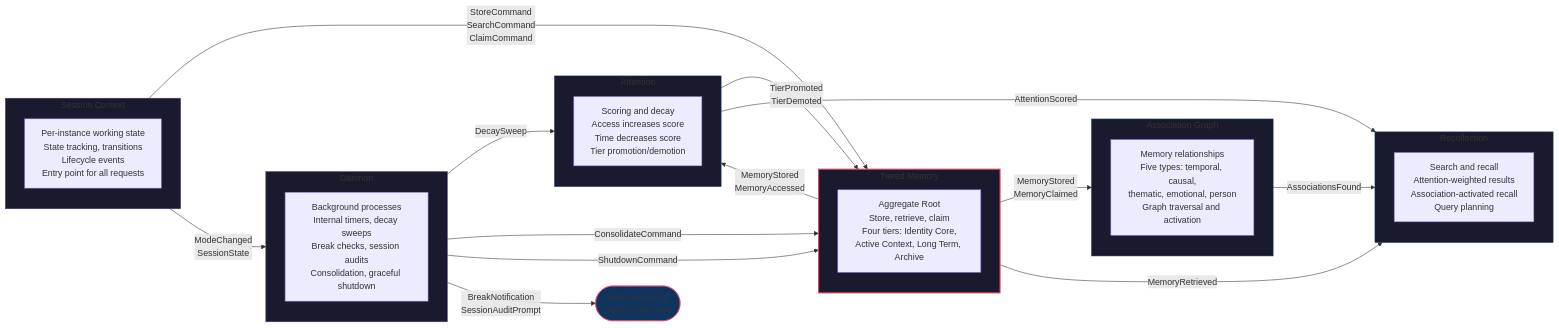
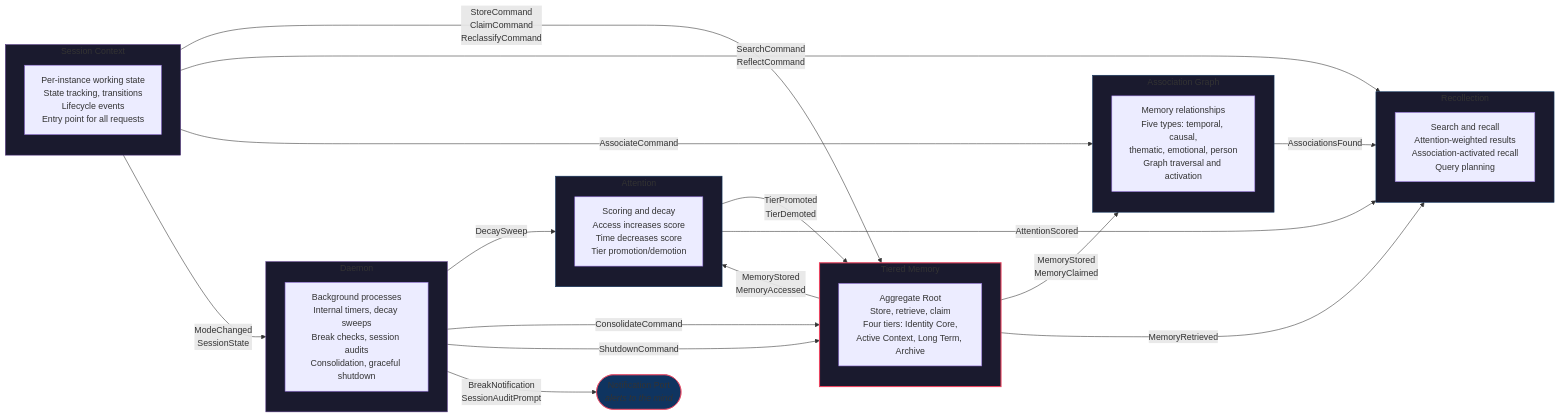
The diagram in site/_pages/architecture-contexts.md (Mimis-Gildi/mcp-total-recall), drawn with Mermaid before and after one commit. The commit also changed other lines of this file and 2 other files, not shown here.

First line of the commit message:
Add mind-initiated retrospection: associate, reclassify, reflect

```diff
--- a/site/_pages/architecture-contexts.md
+++ b/site/_pages/architecture-contexts.md
@@ -20,49 +20,51 @@
 <pre class="mermaid">
 graph LR
     subgraph Tiered_Memory ["Tiered Memory"]
         TM_DESC["Aggregate Root<br/>Store, retrieve, claim<br/>Four tiers: Identity Core,<br/>Active Context, Long Term, Archive"]
     end
 
     subgraph Association_Graph ["Association Graph"]
         AG_DESC["Memory relationships<br/>Five types: temporal, causal,<br/>thematic, emotional, person<br/>Graph traversal and activation"]
     end
 
     subgraph Attention ["Attention"]
         AT_DESC["Scoring and decay<br/>Access increases score<br/>Time decreases score<br/>Tier promotion/demotion"]
     end
 
     subgraph Recollection ["Recollection"]
         RE_DESC["Search and recall<br/>Attention-weighted results<br/>Association-activated recall<br/>Query planning"]
     end
 
     subgraph Session_Context ["Session Context"]
         SC_DESC["Per-instance working state<br/>State tracking, transitions<br/>Lifecycle events<br/>Entry point for all requests"]
     end
 
     subgraph Daemon ["Daemon"]
         DA_DESC["Background processes<br/>Internal timers, decay sweeps<br/>Break checks, session audits<br/>Consolidation, graceful shutdown"]
     end
 
     NP(["Notification Port<br/><i>alerts to the mind</i>"])
 
     Tiered_Memory -- "MemoryStored<br/>MemoryClaimed" --> Association_Graph
     Tiered_Memory -- "MemoryStored<br/>MemoryAccessed" --> Attention
     Attention -- "TierPromoted<br/>TierDemoted" --> Tiered_Memory
     Association_Graph -- "AssociationsFound" --> Recollection
     Attention -- "AttentionScored" --> Recollection
     Tiered_Memory -- "MemoryRetrieved" --> Recollection
-    Session_Context -- "StoreCommand<br/>SearchCommand<br/>ClaimCommand" --> Tiered_Memory
+    Session_Context -- "StoreCommand<br/>ClaimCommand<br/>ReclassifyCommand" --> Tiered_Memory
+    Session_Context -- "SearchCommand<br/>ReflectCommand" --> Recollection
+    Session_Context -- "AssociateCommand" --> Association_Graph
     Session_Context -- "ModeChanged<br/>SessionState" --> Daemon
     Daemon -- "DecaySweep" --> Attention
     Daemon -- "ConsolidateCommand" --> Tiered_Memory
     Daemon -- "ShutdownCommand" --> Tiered_Memory
     Daemon -- "BreakNotification<br/>SessionAuditPrompt" --> NP
 
     style Tiered_Memory fill:#1a1a2e,stroke:#e94560,stroke-width:2px
     style Association_Graph fill:#1a1a2e,stroke:#0f3460,stroke-width:1px
     style Attention fill:#1a1a2e,stroke:#0f3460,stroke-width:1px
     style Recollection fill:#1a1a2e,stroke:#0f3460,stroke-width:1px
     style Session_Context fill:#1a1a2e,stroke:#533483,stroke-width:1px
     style Daemon fill:#1a1a2e,stroke:#533483,stroke-width:1px
     style NP fill:#0f3460,stroke:#e94560,stroke-width:1px
 </pre>
```
